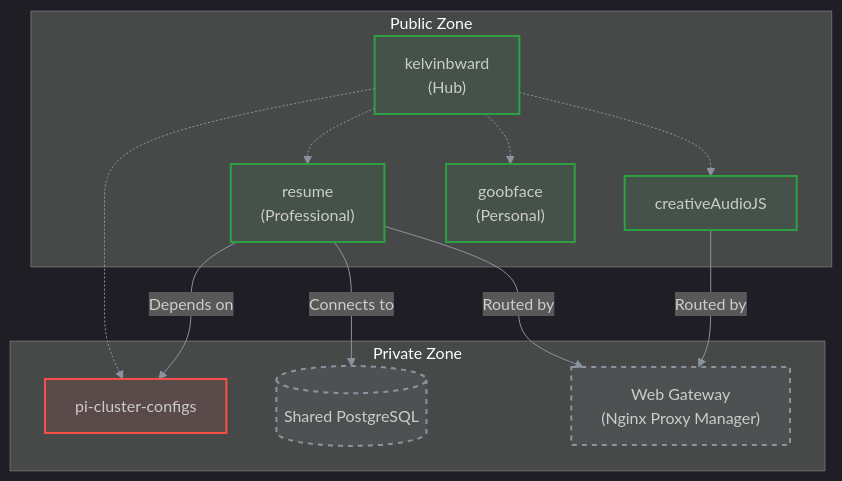
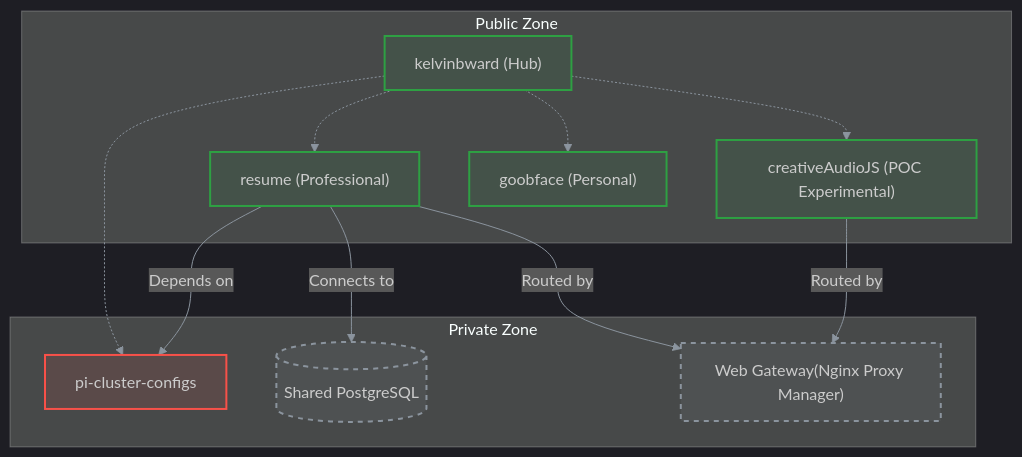
The diagram in README.md (kelvinbward/kelvinbward), drawn with Mermaid before and after one commit.

Commit message:
Refine labels in mermaid diagram in README
Updated node labels in the mermaid diagram for clarity.

````diff
--- a/README.md
+++ b/README.md
@@ -19,38 +19,38 @@
 ```mermaid
 %%{init: {'theme': 'dark', 'themeVariables': { 'lineColor': '#8b949e' }}}%%
 graph TD
     subgraph Public["Public Zone"]
-        KBW["kelvinbward\n(Hub)"]
-        RES["resume\n(Professional)"]
-        GOOB["goobface\n(Personal)"]
-        CAJS[creativeAudioJS]
+        KBW["kelvinbward (Hub)"]
+        RES["resume (Professional)"]
+        GOOB["goobface (Personal)"]
+        CAJS["creativeAudioJS (POC Experimental)"]
     end
 
     subgraph Private["Private Zone"]
         PCC[pi-cluster-configs]
-        WG["Web Gateway\n(Nginx Proxy Manager)"]
+        WG["Web Gateway(Nginx Proxy Manager)"]
         DB[(Shared PostgreSQL)]
     end
 
     %% Network Connections
     RES -->|Depends on| PCC
     RES -->|Connects to| DB
     RES -->|Routed by| WG
 
     CAJS -->|Routed by| WG
 
     %% Documentation Links
     KBW -.-> PCC
     KBW -.-> RES
     KBW -.-> GOOB
     KBW -.-> CAJS
 
     %% Using 8-digit hex for transparency to avoid rgba() parser errors
     classDef public stroke:#2ea043,stroke-width:2px,fill:#2ea0431a;
     classDef private stroke:#f85149,stroke-width:2px,fill:#f851491a;
     classDef infra stroke:#8b949e,stroke-width:2px,fill:#8b949e1a,stroke-dasharray: 5 5;
 
     class KBW,RES,GOOB,CAJS public;
     class PCC private;
     class WG,DB infra;
 ```
````
